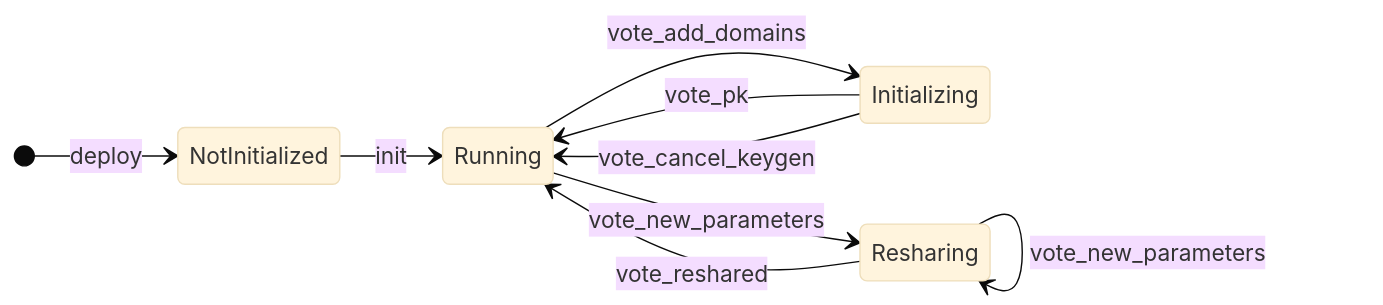
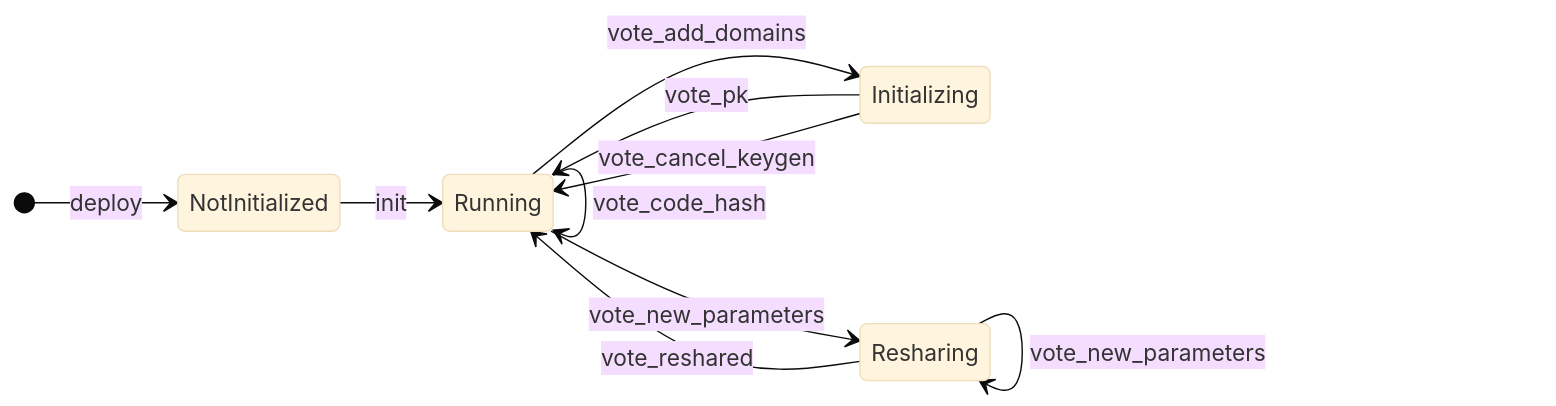
One commit to near/mpc changed the diagram in libs/chain-signatures/contract/readme.md. Above: the diagram before and after it, drawn with Mermaid (base theme). The commit also changed other lines of this file and 14 other files, not shown here.

````diff
--- a/libs/chain-signatures/contract/readme.md
+++ b/libs/chain-signatures/contract/readme.md
@@ -33,12 +33,13 @@
 ```mermaid
 stateDiagram-v2
     direction LR
     [*] --> NotInitialized : deploy
     NotInitialized --> Running : init
     Running --> Initializing : vote_add_domains
     Running --> Resharing : vote_new_parameters
+    Running --> Running : vote_code_hash
     Initializing --> Running : vote_pk
     Initializing --> Running : vote_cancel_keygen
     Resharing --> Running : vote_reshared
     Resharing --> Resharing : vote_new_parameters
 ```
````
